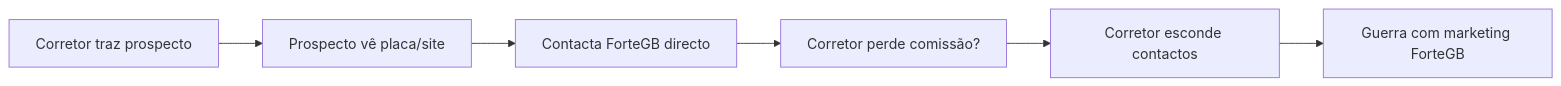
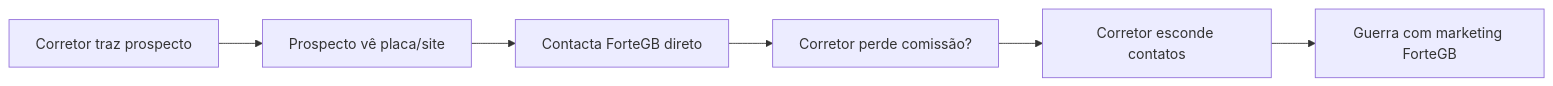
Before and after one commit to fortegb/platform: the second of 4 diagrams in docs/planning/apresentacao-socios.md, drawn with Mermaid. The commit also changed other lines of this file and 26 other files, not shown here.

````diff
--- a/docs/planning/apresentacao-socios.md
+++ b/docs/planning/apresentacao-socios.md
@@ -75,8 +75,8 @@
 ```mermaid
 flowchart LR
   C[Corretor traz prospecto] --> M[Prospecto vê placa/site]
-  M --> D[Contacta ForteGB directo]
+  M --> D[Contacta ForteGB direto]
   D --> X[Corretor perde comissão?]
-  X --> F[Corretor esconde contactos]
+  X --> F[Corretor esconde contatos]
   F --> G[Guerra com marketing ForteGB]
 ```
````
